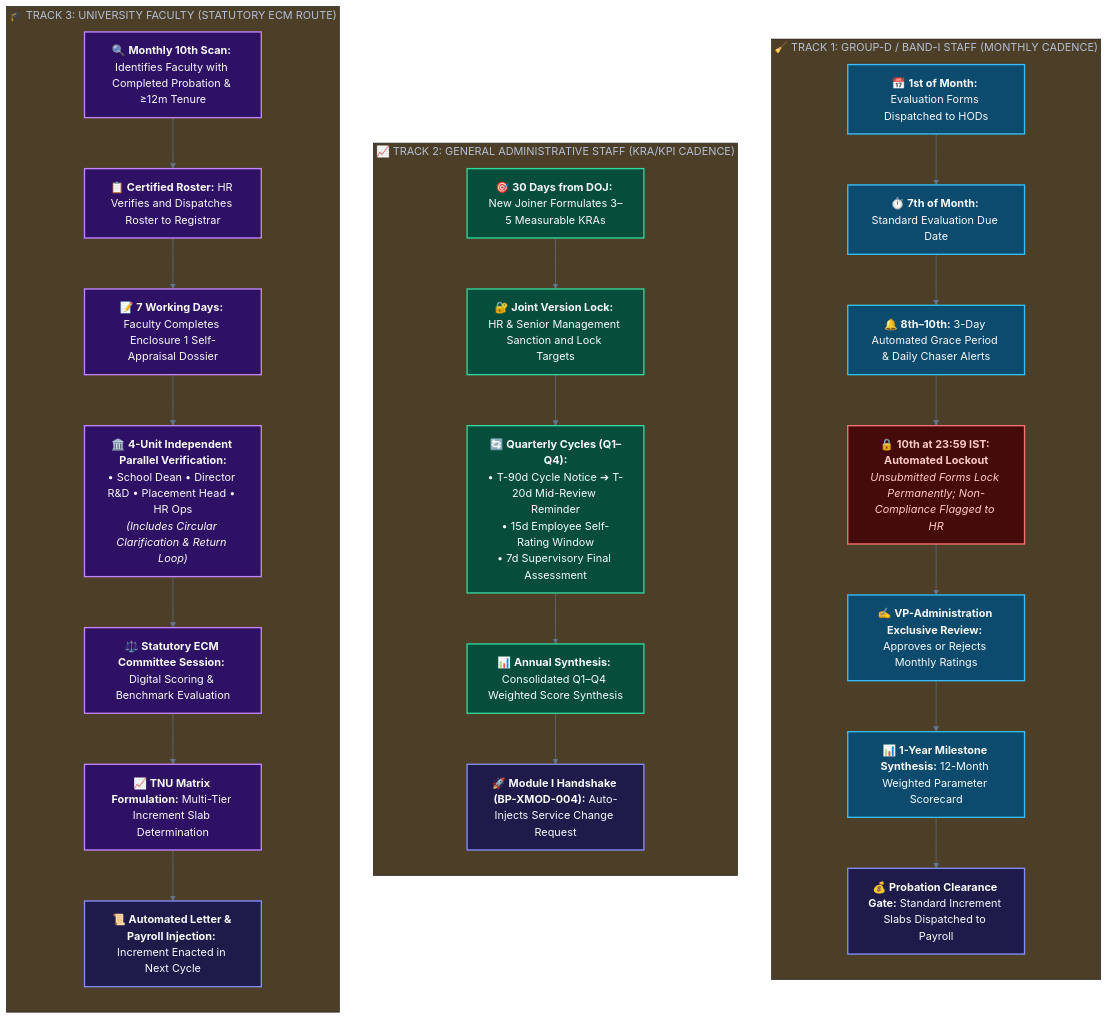
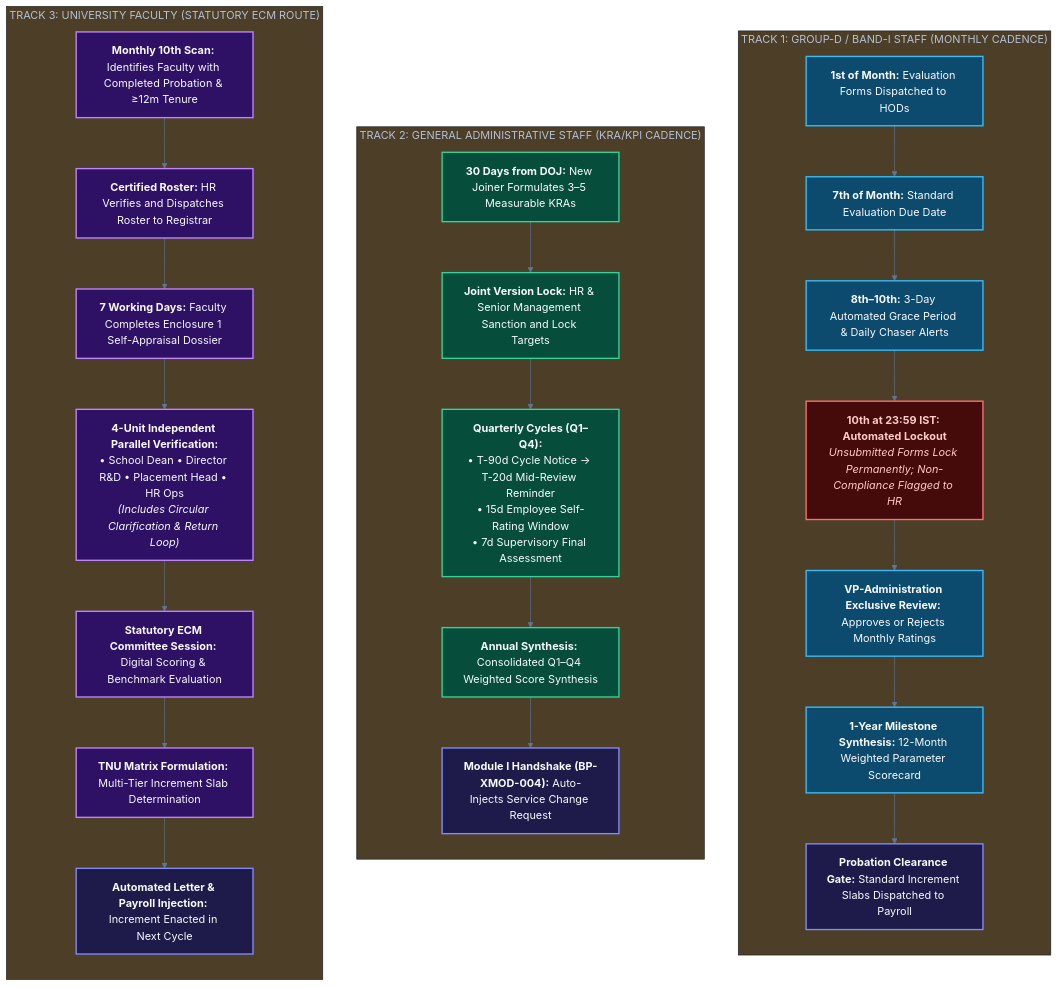
The third of 3 diagrams in docs/02-business-process/01-BUSINESS-PROCESS-SPECIFICATION.md (Aditya11o/HR-CHANGE-MANAGEMENT-SYSTEM), drawn with Mermaid before and after one commit. The commit also changed other lines of this file and 8 other files, not shown here.

Commit message:
docs: add system architecture, test strategy, deployment guide, and requirements specifications

````diff
--- a/docs/02-business-process/01-BUSINESS-PROCESS-SPECIFICATION.md
+++ b/docs/02-business-process/01-BUSINESS-PROCESS-SPECIFICATION.md
@@ -281,56 +281,56 @@
 ```mermaid
 %%{init: {'theme': 'base', 'themeVariables': { 'primaryColor': '#1e293b', 'primaryTextColor': '#f8fafc', 'primaryBorderColor': '#38bdf8', 'lineColor': '#64748b'}}}%%
 flowchart TD
     %% Styling Classes
     classDef track1Node fill:#0c4a6e,stroke:#38bdf8,stroke-width:2px,color:#f8fafc;
     classDef track2Node fill:#064e3b,stroke:#34d399,stroke-width:2px,color:#f8fafc;
     classDef track3Node fill:#2e1065,stroke:#c084fc,stroke-width:2px,color:#f8fafc;
     classDef lockNode fill:#450a0a,stroke:#f87171,stroke-width:2px,color:#fecaca;
     classDef handoffNode fill:#1e1b4b,stroke:#818cf8,stroke-width:2px,color:#f8fafc;
 
     %% -------------------------------------------------------------
     %% TRACK 1: GROUP-D / BAND-I
     %% -------------------------------------------------------------
-    subgraph T1 ["🧹 TRACK 1: GROUP-D / BAND-I STAFF (MONTHLY CADENCE)"]
+    subgraph T1 ["TRACK 1: GROUP-D / BAND-I STAFF (MONTHLY CADENCE)"]
         direction TB
-        G1["📅 <b>1st of Month:</b> Evaluation Forms Dispatched to HODs"]:::track1Node
-        G2["⏱️ <b>7th of Month:</b> Standard Evaluation Due Date"]:::track1Node
-        G3["🔔 <b>8th–10th:</b> 3-Day Automated Grace Period & Daily Chaser Alerts"]:::track1Node
-        G4["🔒 <b>10th at 23:59 IST: Automated Lockout</b><br/><i>Unsubmitted Forms Lock Permanently; Non-Compliance Flagged to HR</i>"]:::lockNode
-        G5["✍️ <b>VP-Administration Exclusive Review:</b> Approves or Rejects Monthly Ratings"]:::track1Node
-        G6["📊 <b>1-Year Milestone Synthesis:</b> 12-Month Weighted Parameter Scorecard"]:::track1Node
-        G7["💰 <b>Probation Clearance Gate:</b> Standard Increment Slabs Dispatched to Payroll"]:::handoffNode
+        G1["<b>1st of Month:</b> Evaluation Forms Dispatched to HODs"]:::track1Node
+        G2["<b>7th of Month:</b> Standard Evaluation Due Date"]:::track1Node
+        G3["<b>8th–10th:</b> 3-Day Automated Grace Period & Daily Chaser Alerts"]:::track1Node
+        G4["<b>10th at 23:59 IST: Automated Lockout</b><br/><i>Unsubmitted Forms Lock Permanently; Non-Compliance Flagged to HR</i>"]:::lockNode
+        G5["<b>VP-Administration Exclusive Review:</b> Approves or Rejects Monthly Ratings"]:::track1Node
+        G6["<b>1-Year Milestone Synthesis:</b> 12-Month Weighted Parameter Scorecard"]:::track1Node
+        G7["<b>Probation Clearance Gate:</b> Standard Increment Slabs Dispatched to Payroll"]:::handoffNode
 
         G1 --> G2 --> G3 --> G4 --> G5 --> G6 --> G7
     end
 
     %% -------------------------------------------------------------
     %% TRACK 2: GENERAL ADMINISTRATIVE STAFF
     %% -------------------------------------------------------------
-    subgraph T2 ["📈 TRACK 2: GENERAL ADMINISTRATIVE STAFF (KRA/KPI CADENCE)"]
+    subgraph T2 ["TRACK 2: GENERAL ADMINISTRATIVE STAFF (KRA/KPI CADENCE)"]
         direction TB
-        K1["🎯 <b>30 Days from DOJ:</b> New Joiner Formulates 3–5 Measurable KRAs"]:::track2Node
-        K2["🔐 <b>Joint Version Lock:</b> HR & Senior Management Sanction and Lock Targets"]:::track2Node
-        K3["🔄 <b>Quarterly Cycles (Q1–Q4):</b><br/>• T-90d Cycle Notice ➔ T-20d Mid-Review Reminder<br/>• 15d Employee Self-Rating Window<br/>• 7d Supervisory Final Assessment"]:::track2Node
-        K4["📊 <b>Annual Synthesis:</b> Consolidated Q1–Q4 Weighted Score Synthesis"]:::track2Node
-        K5["🚀 <b>Module I Handshake (BP-XMOD-004):</b> Auto-Injects Service Change Request"]:::handoffNode
+        K1["<b>30 Days from DOJ:</b> New Joiner Formulates 3–5 Measurable KRAs"]:::track2Node
+        K2["<b>Joint Version Lock:</b> HR & Senior Management Sanction and Lock Targets"]:::track2Node
+        K3["<b>Quarterly Cycles (Q1–Q4):</b><br/>• T-90d Cycle Notice -> T-20d Mid-Review Reminder<br/>• 15d Employee Self-Rating Window<br/>• 7d Supervisory Final Assessment"]:::track2Node
+        K4["<b>Annual Synthesis:</b> Consolidated Q1–Q4 Weighted Score Synthesis"]:::track2Node
+        K5["<b>Module I Handshake (BP-XMOD-004):</b> Auto-Injects Service Change Request"]:::handoffNode
 
         K1 --> K2 --> K3 --> K4 --> K5
     end
 
     %% -------------------------------------------------------------
     %% TRACK 3: FACULTY ANNUAL APPRAISAL (STATUTORY ECM)
     %% -------------------------------------------------------------
-    subgraph T3 ["🎓 TRACK 3: UNIVERSITY FACULTY (STATUTORY ECM ROUTE)"]
+    subgraph T3 ["TRACK 3: UNIVERSITY FACULTY (STATUTORY ECM ROUTE)"]
         direction TB
-        F1["🔍 <b>Monthly 10th Scan:</b> Identifies Faculty with Completed Probation & ≥12m Tenure"]:::track3Node
-        F2["📋 <b>Certified Roster:</b> HR Verifies and Dispatches Roster to Registrar"]:::track3Node
-        F3["📝 <b>7 Working Days:</b> Faculty Completes Enclosure 1 Self-Appraisal Dossier"]:::track3Node
-        F4["🏛️ <b>4-Unit Independent Parallel Verification:</b><br/>• School Dean • Director R&D • Placement Head • HR Ops<br/><i>(Includes Circular Clarification & Return Loop)</i>"]:::track3Node
-        F5["⚖️ <b>Statutory ECM Committee Session:</b> Digital Scoring & Benchmark Evaluation"]:::track3Node
-        F6["📈 <b>TNU Matrix Formulation:</b> Multi-Tier Increment Slab Determination"]:::track3Node
-        F7["📜 <b>Automated Letter & Payroll Injection:</b> Increment Enacted in Next Cycle"]:::handoffNode
+        F1["<b>Monthly 10th Scan:</b> Identifies Faculty with Completed Probation & ≥12m Tenure"]:::track3Node
+        F2["<b>Certified Roster:</b> HR Verifies and Dispatches Roster to Registrar"]:::track3Node
+        F3["<b>7 Working Days:</b> Faculty Completes Enclosure 1 Self-Appraisal Dossier"]:::track3Node
+        F4["<b>4-Unit Independent Parallel Verification:</b><br/>• School Dean • Director R&D • Placement Head • HR Ops<br/><i>(Includes Circular Clarification & Return Loop)</i>"]:::track3Node
+        F5["<b>Statutory ECM Committee Session:</b> Digital Scoring & Benchmark Evaluation"]:::track3Node
+        F6["<b>TNU Matrix Formulation:</b> Multi-Tier Increment Slab Determination"]:::track3Node
+        F7["<b>Automated Letter & Payroll Injection:</b> Increment Enacted in Next Cycle"]:::handoffNode
 
         F1 --> F2 --> F3 --> F4 --> F5 --> F6 --> F7
     end
 ```
````
